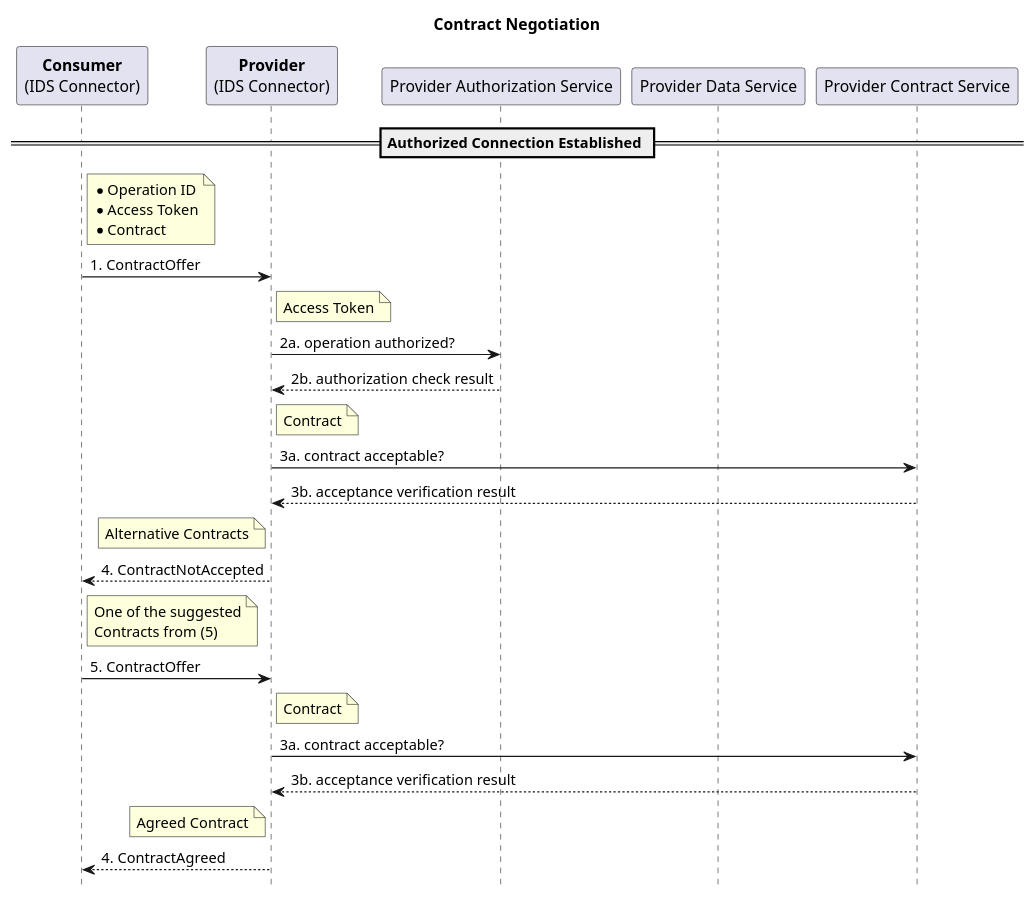
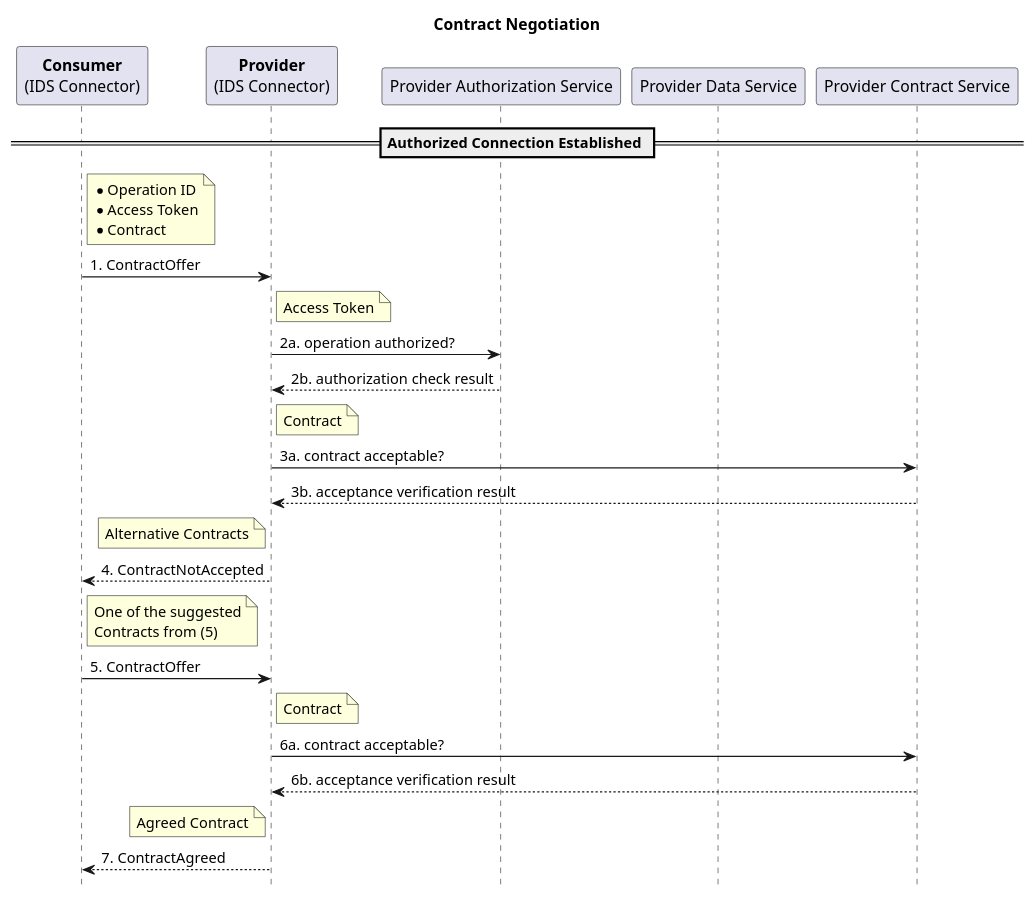
One commit to IndustrialDataSpace/Documentation changed the diagram in contract_negotiation.plantuml. Above: the diagram before and after it, drawn with PlantUML. The commit also changed 4 other files, not shown here.

```diff
--- a/contract_negotiation.plantuml
+++ b/contract_negotiation.plantuml
@@ -1,39 +1,39 @@
 @startuml
 
 hide footbox
 
 title Contract Negotiation
 
 participant "**Consumer**\n(IDS Connector)" as C
 participant "**Provider**\n(IDS Connector)" as P
 participant "Provider Authorization Service" as PAS
 participant "Provider Data Service" as PDS
 participant "Provider Contract Service" as PCS
 
 == Authorized Connection Established ==
 
 note right of C: *Operation ID\n*Access Token\n*Contract
 C -> P: 1. ContractOffer
 
 note right of P: Access Token
 P -> PAS: 2a. operation authorized?
 P <-- PAS: 2b. authorization check result
 
 note right of P: Contract
 P -> PCS: 3a. contract acceptable?
 P <-- PCS: 3b. acceptance verification result
 
 note left of P: Alternative Contracts
 P --> C: 4. ContractNotAccepted
 
 note right of C: One of the suggested\nContracts from (5)
 C -> P: 5. ContractOffer
 
 note right of P: Contract
-P -> PCS: 3a. contract acceptable?
-P <-- PCS: 3b. acceptance verification result
+P -> PCS: 6a. contract acceptable?
+P <-- PCS: 6b. acceptance verification result
 
 note left of P: Agreed Contract
-P --> C: 4. ContractAgreed
+P --> C: 7. ContractAgreed
 
 @enduml
```
